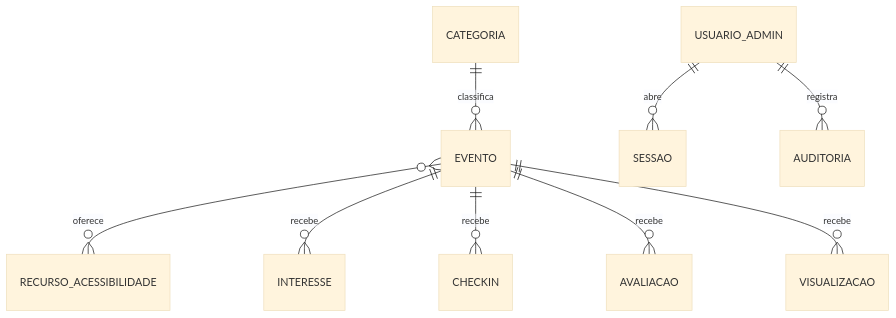
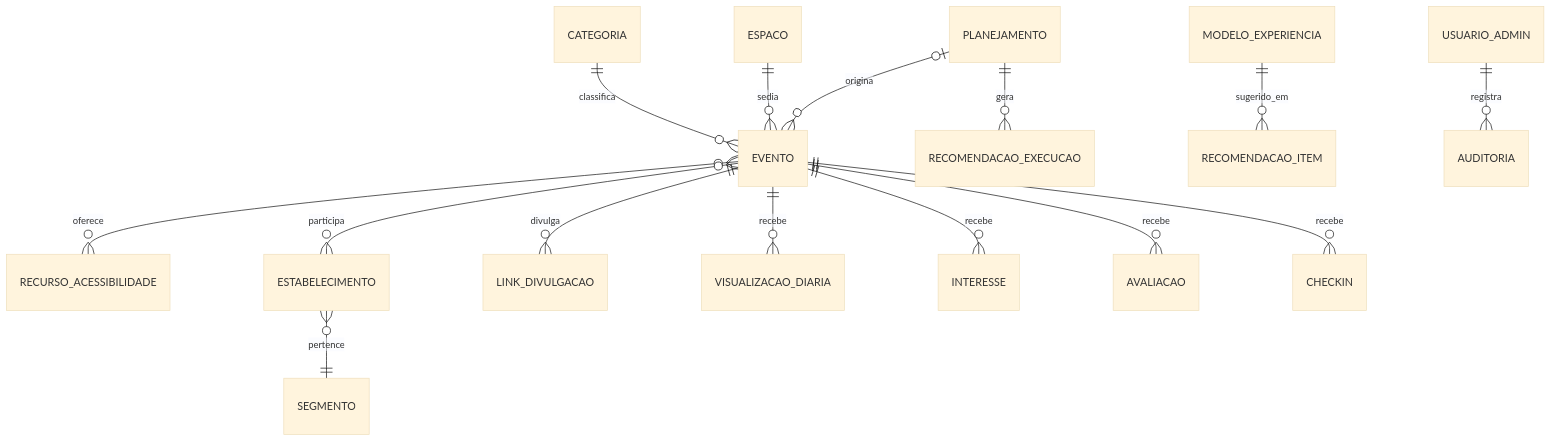
The diagram in docs/spec/04-dados-e-integracoes.md (Marquin25/agenda-digital-shopping), drawn with Mermaid (base theme) before and after one commit. The commit also changed other lines of this file and 13 other files, not shown here.

````diff
--- a/docs/spec/04-dados-e-integracoes.md
+++ b/docs/spec/04-dados-e-integracoes.md
@@ -7,11 +9,17 @@
 ```mermaid
 erDiagram
   CATEGORIA ||--o{ EVENTO : classifica
+  ESPACO ||--o{ EVENTO : sedia
   EVENTO }o--o{ RECURSO_ACESSIBILIDADE : oferece
+  EVENTO }o--o{ ESTABELECIMENTO : participa
+  ESTABELECIMENTO }o--|| SEGMENTO : pertence
+  EVENTO ||--o{ LINK_DIVULGACAO : divulga
+  EVENTO ||--o{ VISUALIZACAO_DIARIA : recebe
   EVENTO ||--o{ INTERESSE : recebe
+  EVENTO ||--o{ AVALIACAO : recebe
   EVENTO ||--o{ CHECKIN : recebe
-  EVENTO ||--o{ AVALIACAO : recebe
-  EVENTO ||--o{ VISUALIZACAO : recebe
-  USUARIO_ADMIN ||--o{ SESSAO : abre
+  PLANEJAMENTO ||--o{ RECOMENDACAO_EXECUCAO : gera
+  PLANEJAMENTO |o--o{ EVENTO : origina
+  MODELO_EXPERIENCIA ||--o{ RECOMENDACAO_ITEM : sugerido_em
   USUARIO_ADMIN ||--o{ AUDITORIA : registra
 ```
````
